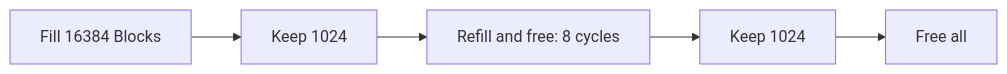
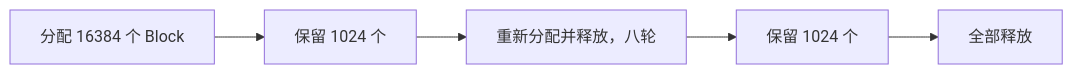
The diagram in docs/performance/memory.zh-CN.md (dugan-dev/UniMemory), drawn with Mermaid before and after one commit. The commit also changed other lines of this file and 44 other files, not shown here.

````diff
--- a/docs/performance/memory.zh-CN.md
+++ b/docs/performance/memory.zh-CN.md
@@ -15,7 +15,7 @@
 ```mermaid
 flowchart LR
-    A[Fill 16384 Blocks] --> B[Keep 1024]
-    B --> C[Refill and free: 8 cycles]
-    C --> D[Keep 1024]
-    D --> E[Free all]
+    A[分配 16384 个 Block] --> B[保留 1024 个]
+    B --> C[重新分配并释放，八轮]
+    C --> D[保留 1024 个]
+    D --> E[全部释放]
 ```
````
